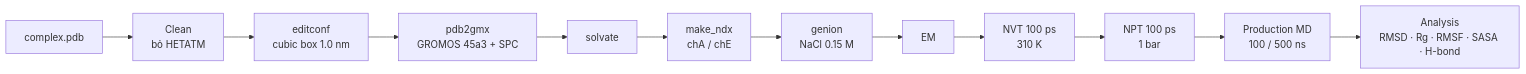
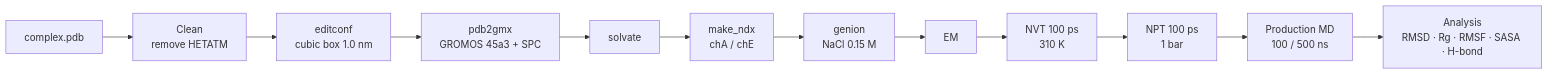
The diagram in protein-protein/README.md (129namworkkk/gromacs-md-protocols), drawn with Mermaid before and after one commit. The commit also changed other lines of this file and 12 other files, not shown here.

````diff
--- a/protein-protein/README.md
+++ b/protein-protein/README.md
@@ -8,14 +8,14 @@
 ```mermaid
 flowchart LR
-    A[complex.pdb] --> B[Clean<br/>bỏ HETATM]
+    A[complex.pdb] --> B[Clean<br/>remove HETATM]
     B --> C[editconf<br/>cubic box 1.0 nm]
     C --> D[pdb2gmx<br/>GROMOS 45a3 + SPC]
     D --> E[solvate]
     E --> F[make_ndx<br/>chA / chE]
     F --> G[genion<br/>NaCl 0.15 M]
     G --> H[EM]
     H --> I[NVT 100 ps<br/>310 K]
     I --> J[NPT 100 ps<br/>1 bar]
     J --> K[Production MD<br/>100 / 500 ns]
     K --> L[Analysis<br/>RMSD · Rg · RMSF · SASA · H-bond]
 ```
````
